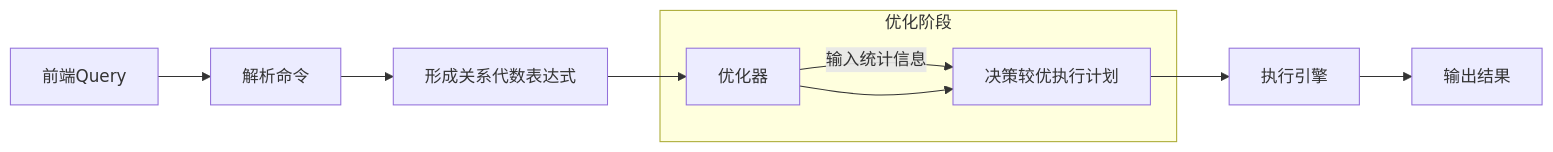
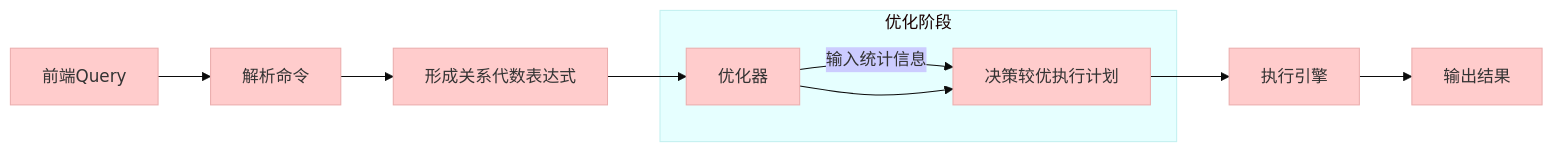
The first of 2 diagrams in 数据库系统概论/readme.md (alxy18977578363/Code_Brewery), drawn with Mermaid before and after one commit. The commit also changed other lines of this file, not shown here.

````diff
--- a/数据库系统概论/readme.md
+++ b/数据库系统概论/readme.md
@@ -193,14 +193,13 @@
 ```mermaid
+%%{init: {'theme': 'base', 'themeVariables': { 'primaryColor': '#ffcccc'}, 'config': {'flowchart': {'useMaxWidth': false}, 'securityLevel': 'loose'}}}%%
 flowchart LR
     A[前端Query] --> B[解析命令] 
     B --> C[形成关系代数表达式]
     C --> D[优化器]
     D -->|输入统计信息| E[决策较优执行计划]
     E --> F[执行引擎]
     F --> G[输出结果]
-
-    %% 注释：用虚线框突出优化阶段
     subgraph 优化阶段
         D --> E
     end
 ```
````
